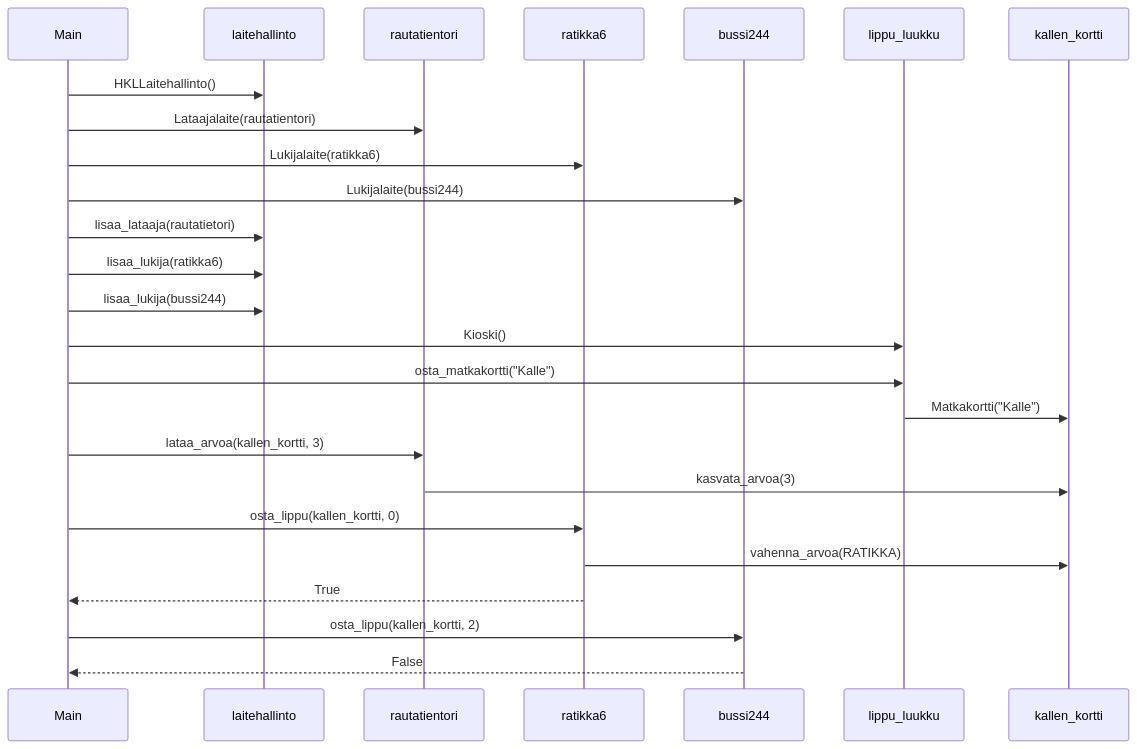
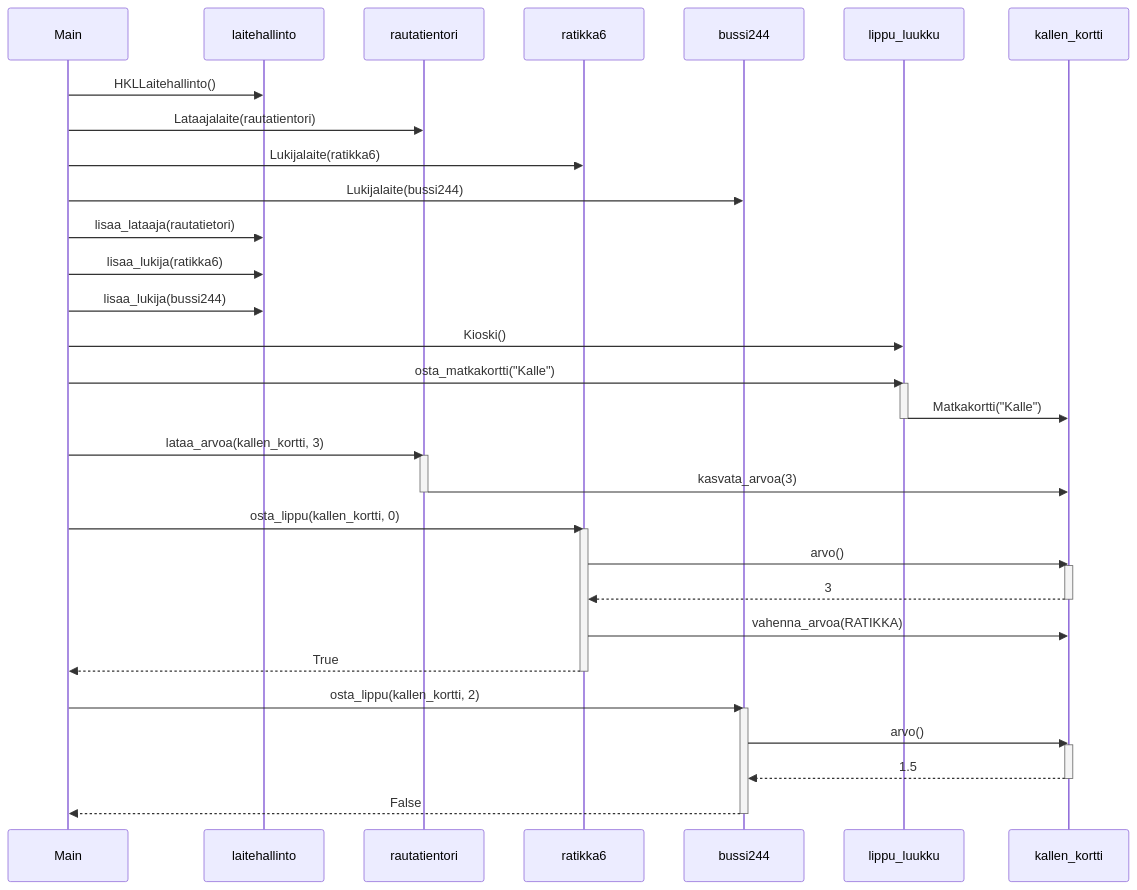
One commit to jtpcode/ot-harjoitustyo changed the diagram in laskarit/viikko3/matkakortti.md. Above: the diagram before and after it, drawn with Mermaid.

Commit message:
Viikko3, tehtävä 2 (fix2)

````diff
--- a/laskarit/viikko3/matkakortti.md
+++ b/laskarit/viikko3/matkakortti.md
@@ -3,33 +3,49 @@
 ```mermaid
     sequenceDiagram
     participant Main
     participant laitehallinto
     participant rautatientori
     participant ratikka6
     participant bussi244
     participant lippu_luukku
     participant kallen_kortti
     
     Main->>laitehallinto : HKLLaitehallinto()
     Main->>rautatientori: Lataajalaite(rautatientori)
     Main->>ratikka6: Lukijalaite(ratikka6)
     Main->>bussi244: Lukijalaite(bussi244)
     
     Main->>laitehallinto : lisaa_lataaja(rautatietori)
     Main->>laitehallinto : lisaa_lukija(ratikka6)
     Main->>laitehallinto : lisaa_lukija(bussi244)
     
     Main->>lippu_luukku: Kioski()
     Main->>lippu_luukku: osta_matkakortti("Kalle")
+    activate lippu_luukku
     lippu_luukku->>kallen_kortti: Matkakortti("Kalle")
+    deactivate lippu_luukku
     
     Main->>rautatientori: lataa_arvoa(kallen_kortti, 3)
+    activate rautatientori
     rautatientori->>kallen_kortti: kasvata_arvoa(3)
-    
+    deactivate rautatientori
+
     Main->>ratikka6: osta_lippu(kallen_kortti, 0)
+    activate ratikka6
+    ratikka6->>kallen_kortti: arvo()
+    activate kallen_kortti
+    kallen_kortti-->>ratikka6: 3
+    deactivate kallen_kortti
     ratikka6->>kallen_kortti: vahenna_arvoa(RATIKKA)
     ratikka6-->>Main: True
+    deactivate ratikka6
     
     Main->>bussi244: osta_lippu(kallen_kortti, 2)
+    activate bussi244
+    bussi244->>kallen_kortti: arvo()
+    activate kallen_kortti
+    kallen_kortti-->>bussi244: 1.5
+    deactivate kallen_kortti
     bussi244-->>Main: False
+    deactivate bussi244
 ```
````
